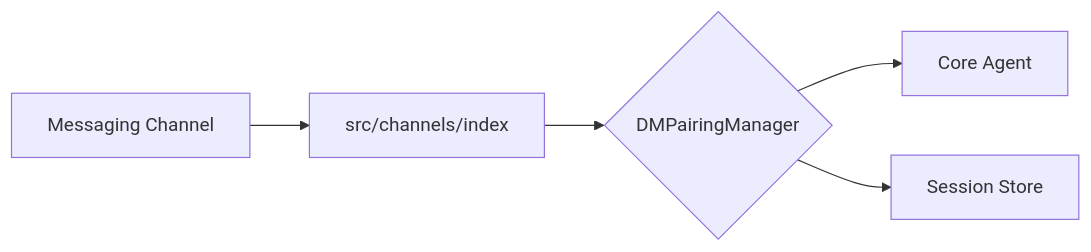
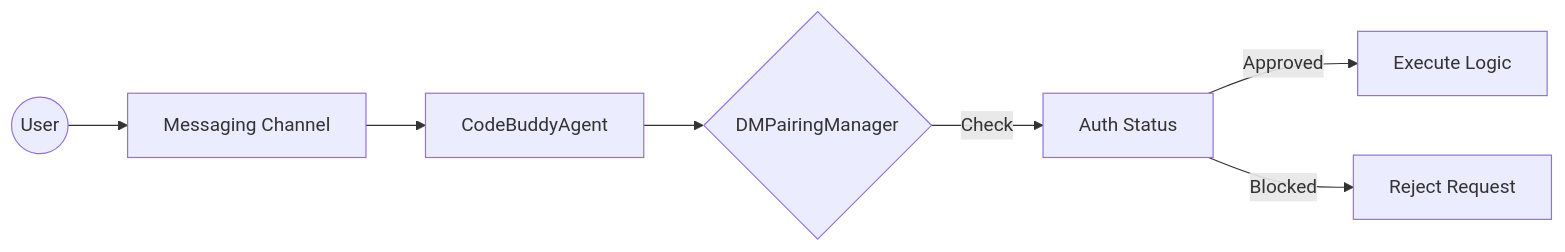
The diagram in .codebuddy/docs/3k-messaging-channel-integrations.md (Zeeeepa/code-buddy), drawn with Mermaid before and after one commit. The commit also changed other lines of this file and 29 other files, not shown here.

````diff
--- a/.codebuddy/docs/3k-messaging-channel-integrations.md
+++ b/.codebuddy/docs/3k-messaging-channel-integrations.md
@@ -5,7 +23,9 @@
 ```mermaid
 graph LR
-    A[Messaging Channel] --> B[src/channels/index]
-    B --> C{DMPairingManager}
-    C --> D[Core Agent]
-    C --> E[Session Store]
+    User((User)) --> Channel[Messaging Channel]
+    Channel --> Agent[CodeBuddyAgent]
+    Agent --> Pairing{DMPairingManager}
+    Pairing -->|Check| Auth[Auth Status]
+    Auth -->|Approved| Logic[Execute Logic]
+    Auth -->|Blocked| Reject[Reject Request]
 ```
````
